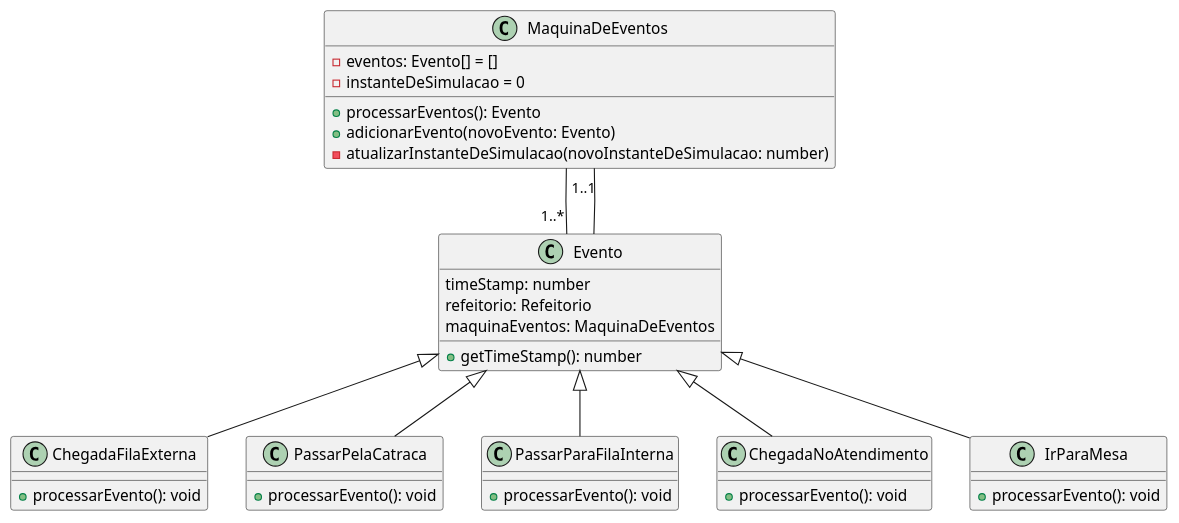
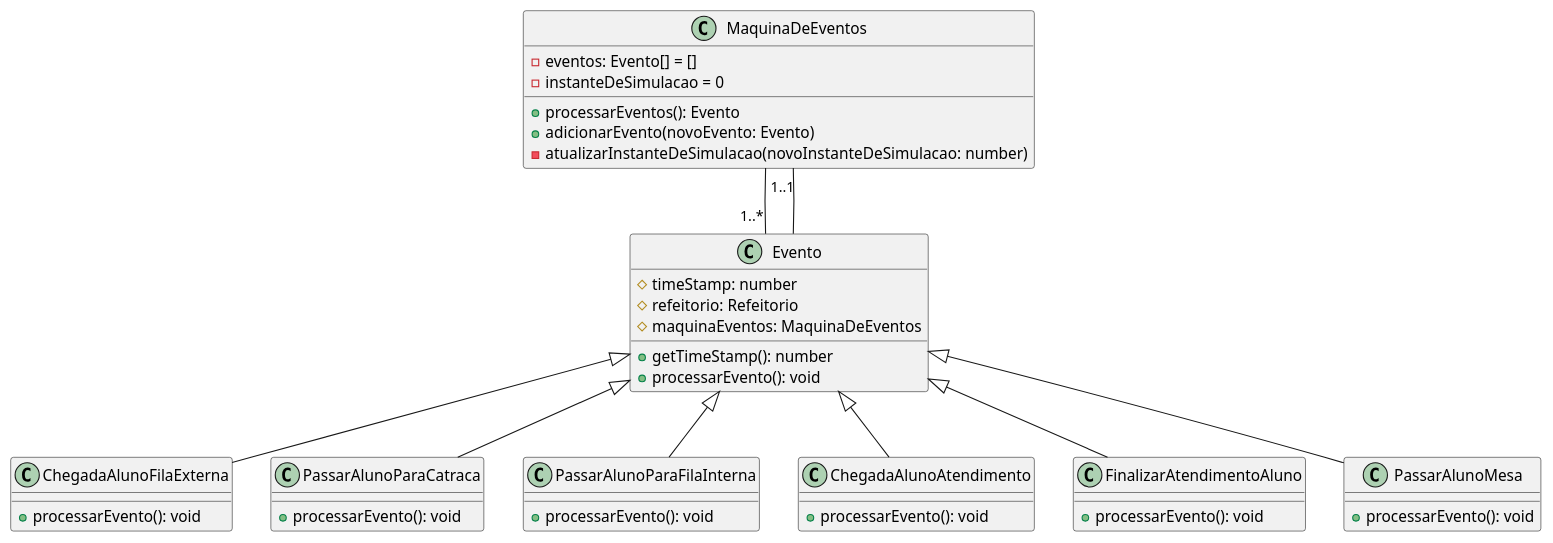
One commit to j-nilton/sfr-template changed the diagram in design/events.plantuml. Above: the diagram before and after it, drawn with PlantUML. The commit also changed 7 other files, not shown here.

Commit message:
Início da implementação dos métodos das classes do arquivo e sistema (filaExterna e Catraca) e com isso o início do tratament o de erros nesses métodos

```diff
--- a/design/events.plantuml
+++ b/design/events.plantuml
@@ -1,42 +1,46 @@
-@startuml Gerenciador para Refeitorio 
+@startuml Gerenciador de Eventos do Sistema
 class MaquinaDeEventos {
     -eventos: Evento[] = []
     -instanteDeSimulacao = 0
     +processarEventos(): Evento
     +adicionarEvento(novoEvento: Evento)
     -atualizarInstanteDeSimulacao(novoInstanteDeSimulacao: number)
 
 }
 
 class Evento{
-    timeStamp: number
-    refeitorio: Refeitorio 
-    maquinaEventos: MaquinaDeEventos
+    #timeStamp: number
+    #refeitorio: Refeitorio 
+    #maquinaEventos: MaquinaDeEventos
     +getTimeStamp(): number
-
+    +processarEvento(): void 
 }
 
-class ChegadaFilaExterna extends Evento{
+class ChegadaAlunoFilaExterna extends Evento{
     +processarEvento(): void
 }
 
-class PassarPelaCatraca extends Evento{
+class PassarAlunoParaCatraca extends Evento{
     +processarEvento(): void
 }
 
-class PassarParaFilaInterna extends Evento{
+class PassarAlunoParaFilaInterna extends Evento{
     +processarEvento(): void
 }
 
-class ChegadaNoAtendimento extends Evento{
+class ChegadaAlunoAtendimento extends Evento{
     +processarEvento(): void
 }
 
-class IrParaMesa extends Evento{
+class FinalizarAtendimentoAluno extends Evento{
+    +processarEvento(): void
+}
+
+class PassarAlunoMesa extends Evento{
     +processarEvento(): void
 }
 
 MaquinaDeEventos -- "1..*" Evento
 Evento -- "1..1" MaquinaDeEventos
 
 @enduml
```
